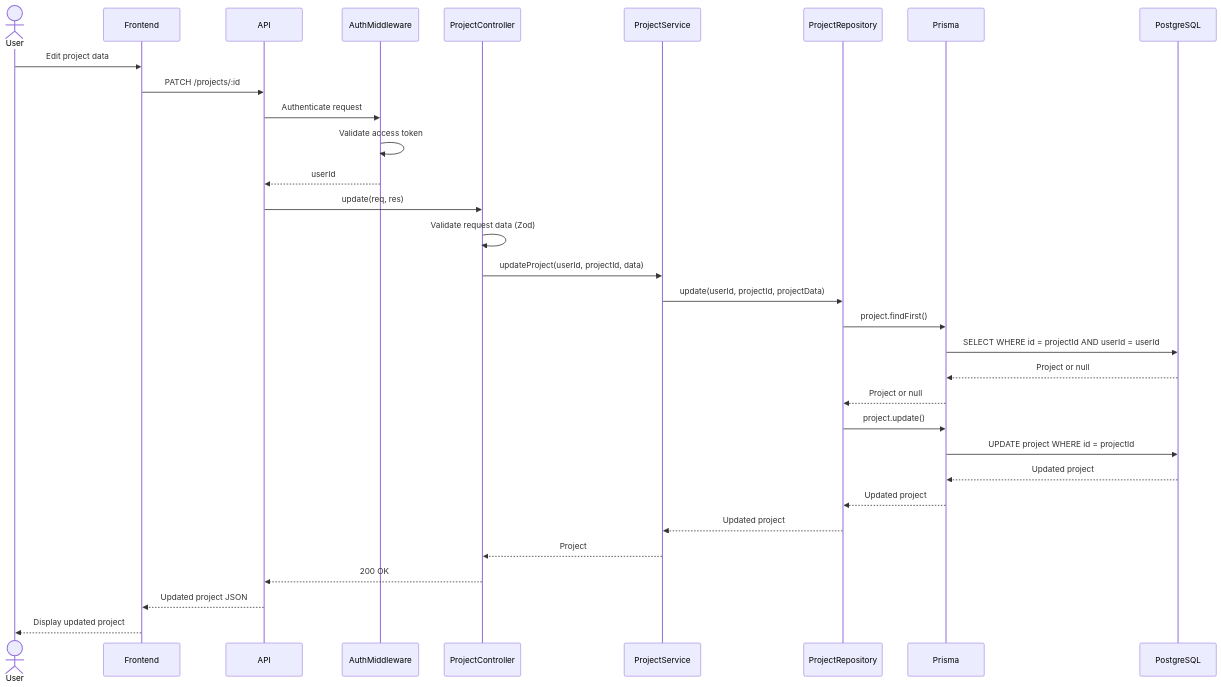
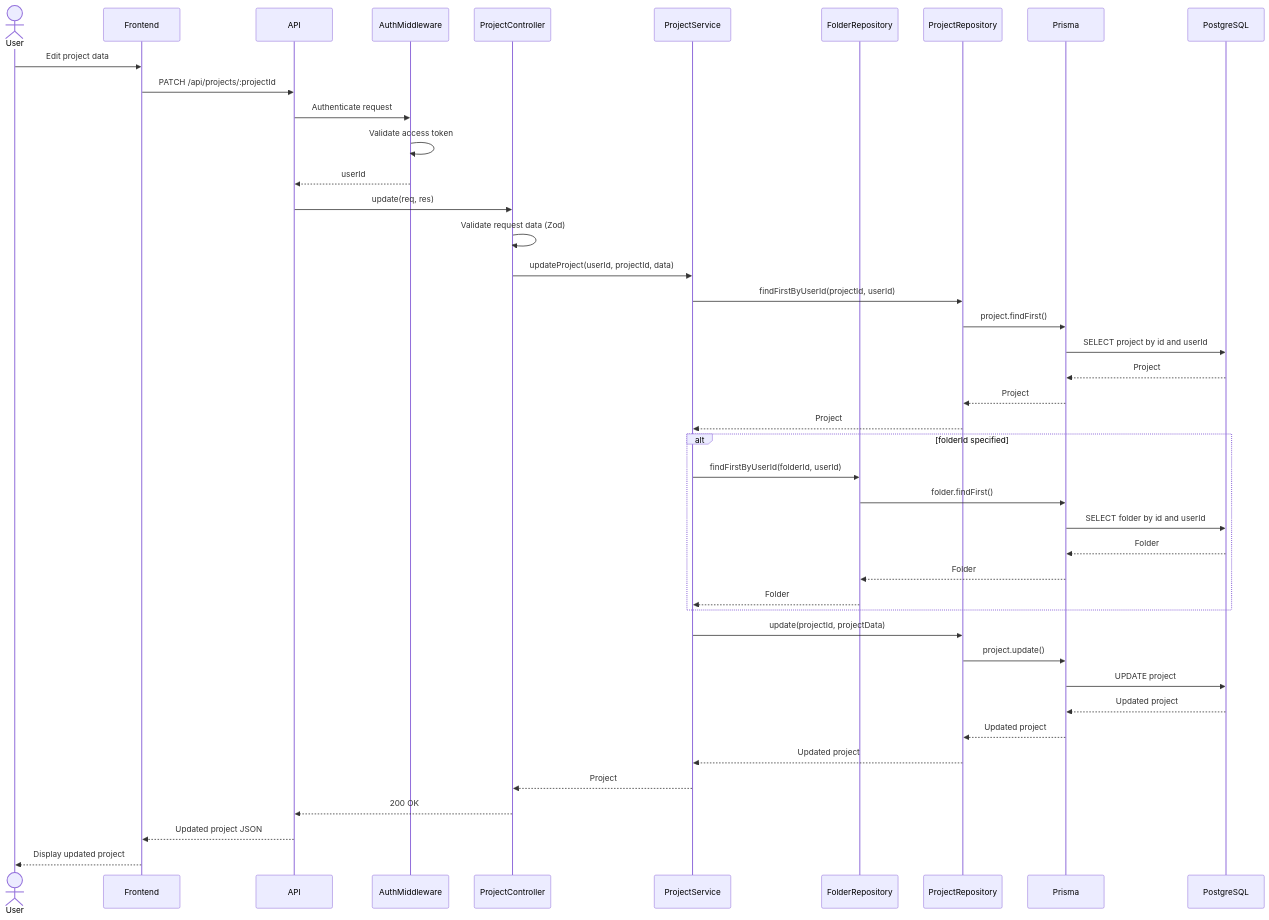
The diagram in docs/diagrams/sequence-diagrams/project/update.md (davihenriquedev1/prodixus), drawn with Mermaid before and after one commit. The commit also changed 65 other files, not shown here.

````diff
--- a/docs/diagrams/sequence-diagrams/project/update.md
+++ b/docs/diagrams/sequence-diagrams/project/update.md
@@ -3,39 +3,49 @@
 ```mermaid
 sequenceDiagram
     actor User
     participant Frontend
     participant API
     participant AuthMiddleware
     participant ProjectController
     participant ProjectService
+    participant FolderRepository
     participant ProjectRepository
     participant Prisma
     participant PostgreSQL
 
     User->>Frontend: Edit project data
-    Frontend->>API: PATCH /projects/:id
+    Frontend->>API: PATCH /api/projects/:projectId
     API->>AuthMiddleware: Authenticate request
     AuthMiddleware->>AuthMiddleware: Validate access token
     AuthMiddleware-->>API: userId
-
     API->>ProjectController: update(req, res)
     ProjectController->>ProjectController: Validate request data (Zod)
     ProjectController->>ProjectService: updateProject(userId, projectId, data)
-    ProjectService->>ProjectRepository: update(userId, projectId, projectData)
 
+    ProjectService->>ProjectRepository: findFirstByUserId(projectId, userId)
     ProjectRepository->>Prisma: project.findFirst()
-    Prisma->>PostgreSQL: SELECT WHERE id = projectId AND userId = userId
-    PostgreSQL-->>Prisma: Project or null
-    Prisma-->>ProjectRepository: Project or null
+    Prisma->>PostgreSQL: SELECT project by id and userId
+    PostgreSQL-->>Prisma: Project
+    Prisma-->>ProjectRepository: Project
+    ProjectRepository-->>ProjectService: Project
 
+    alt folderId specified
+        ProjectService->>FolderRepository: findFirstByUserId(folderId, userId)
+        FolderRepository->>Prisma: folder.findFirst()
+        Prisma->>PostgreSQL: SELECT folder by id and userId
+        PostgreSQL-->>Prisma: Folder
+        Prisma-->>FolderRepository: Folder
+        FolderRepository-->>ProjectService: Folder
+    end
+
+    ProjectService->>ProjectRepository: update(projectId, projectData)
     ProjectRepository->>Prisma: project.update()
-    Prisma->>PostgreSQL: UPDATE project WHERE id = projectId
+    Prisma->>PostgreSQL: UPDATE project
     PostgreSQL-->>Prisma: Updated project
     Prisma-->>ProjectRepository: Updated project
-
     ProjectRepository-->>ProjectService: Updated project
     ProjectService-->>ProjectController: Project
     ProjectController-->>API: 200 OK
     API-->>Frontend: Updated project JSON
     Frontend-->>User: Display updated project
 ```
````
